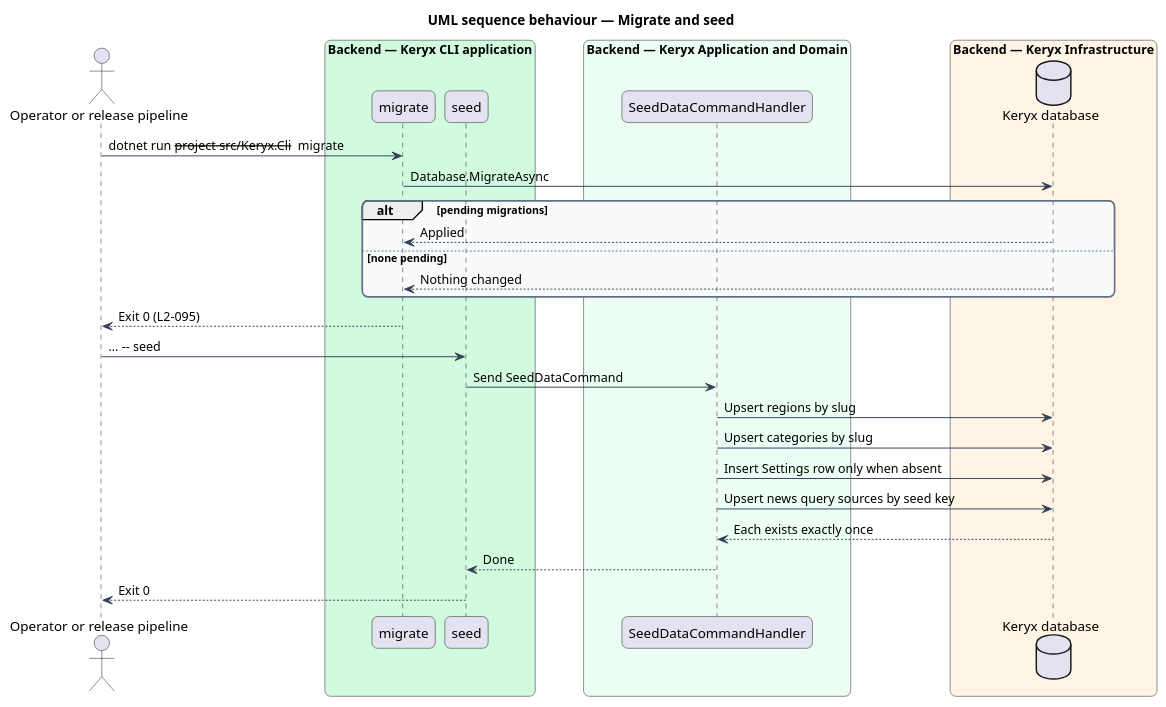
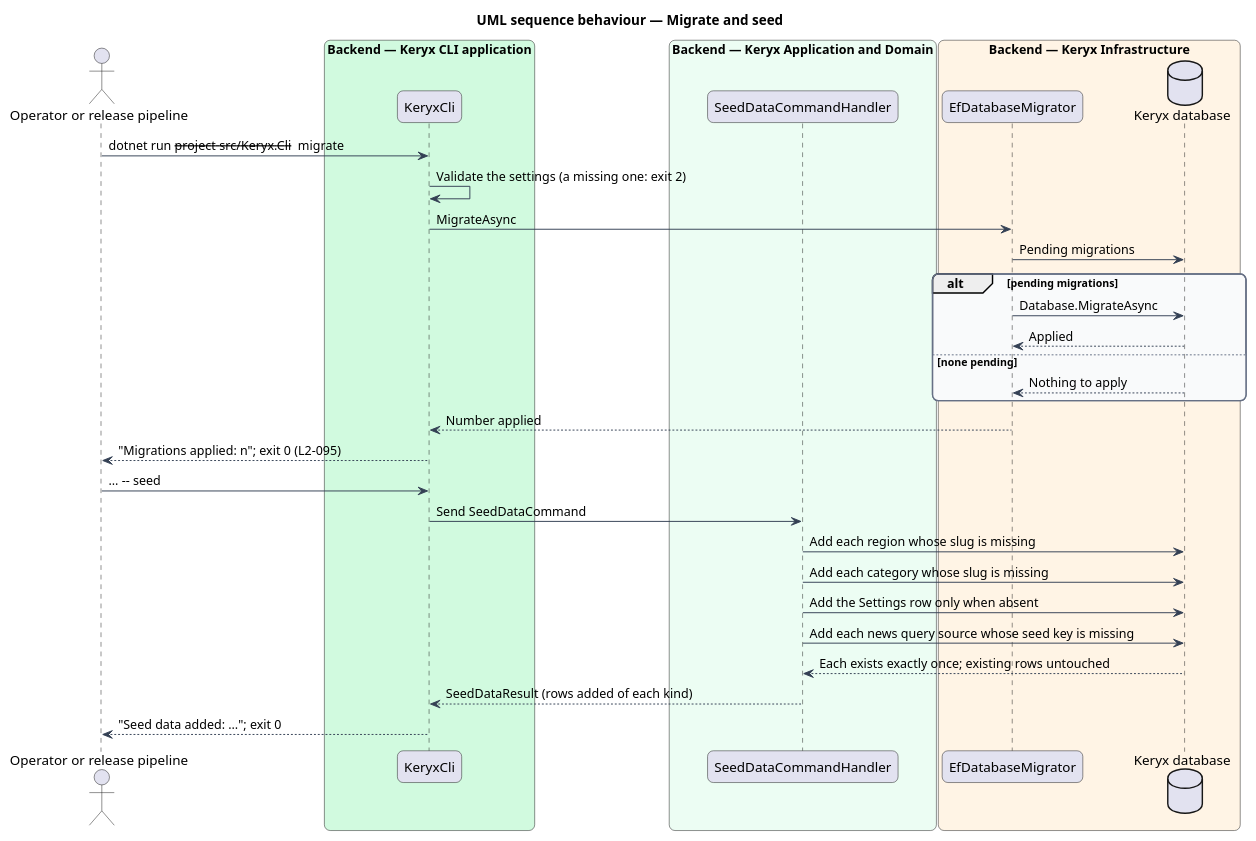
The diagram in docs/detailed-designs/operations/health-migrations-and-configuration/diagrams/sequence-migrate-and-seed.puml (QuinntyneBrown/keryx), drawn with PlantUML before and after one commit. The commit also changed 17 other files, not shown here.

```diff
--- a/docs/detailed-designs/operations/health-migrations-and-configuration/diagrams/sequence-migrate-and-seed.puml
+++ b/docs/detailed-designs/operations/health-migrations-and-configuration/diagrams/sequence-migrate-and-seed.puml
@@ -1,45 +1,49 @@
 @startuml
 title UML sequence behaviour — Migrate and seed
 skinparam backgroundColor #FFFFFF
 skinparam shadowing false
 skinparam roundcorner 12
 skinparam defaultFontName Arial
 skinparam ArrowColor #344054
 skinparam rectangle {
   BorderColor #344054
   FontColor #101828
 }
 skinparam package {
   BorderColor #667085
   FontColor #101828
   BackgroundColor #F9FAFB
 }
 actor "Operator or release pipeline" as op
 box "Backend — Keryx CLI application" #D1FADF
-  participant "migrate" as mig
-  participant "seed" as seed
+  participant "KeryxCli" as cli
 end box
 box "Backend — Keryx Application and Domain" #ECFDF3
   participant "SeedDataCommandHandler" as h
 end box
 box "Backend — Keryx Infrastructure" #FFF4E5
+  participant "EfDatabaseMigrator" as mig
   database "Keryx database" as db
 end box
-op -> mig : dotnet run --project src/Keryx.Cli -- migrate
-mig -> db : Database.MigrateAsync
+op -> cli : dotnet run --project src/Keryx.Cli -- migrate
+cli -> cli : Validate the settings (a missing one: exit 2)
+cli -> mig : MigrateAsync
+mig -> db : Pending migrations
 alt pending migrations
+  mig -> db : Database.MigrateAsync
   db --> mig : Applied
 else none pending
-  db --> mig : Nothing changed
+  db --> mig : Nothing to apply
 end
-mig --> op : Exit 0 (L2-095)
-op -> seed : … -- seed
-seed -> h : Send SeedDataCommand
-h -> db : Upsert regions by slug
-h -> db : Upsert categories by slug
-h -> db : Insert Settings row only when absent
-h -> db : Upsert news query sources by seed key
-db --> h : Each exists exactly once
-h --> seed : Done
-seed --> op : Exit 0
+mig --> cli : Number applied
+cli --> op : "Migrations applied: n"; exit 0 (L2-095)
+op -> cli : … -- seed
+cli -> h : Send SeedDataCommand
+h -> db : Add each region whose slug is missing
+h -> db : Add each category whose slug is missing
+h -> db : Add the Settings row only when absent
+h -> db : Add each news query source whose seed key is missing
+db --> h : Each exists exactly once; existing rows untouched
+h --> cli : SeedDataResult (rows added of each kind)
+cli --> op : "Seed data added: …"; exit 0
 @enduml
```
